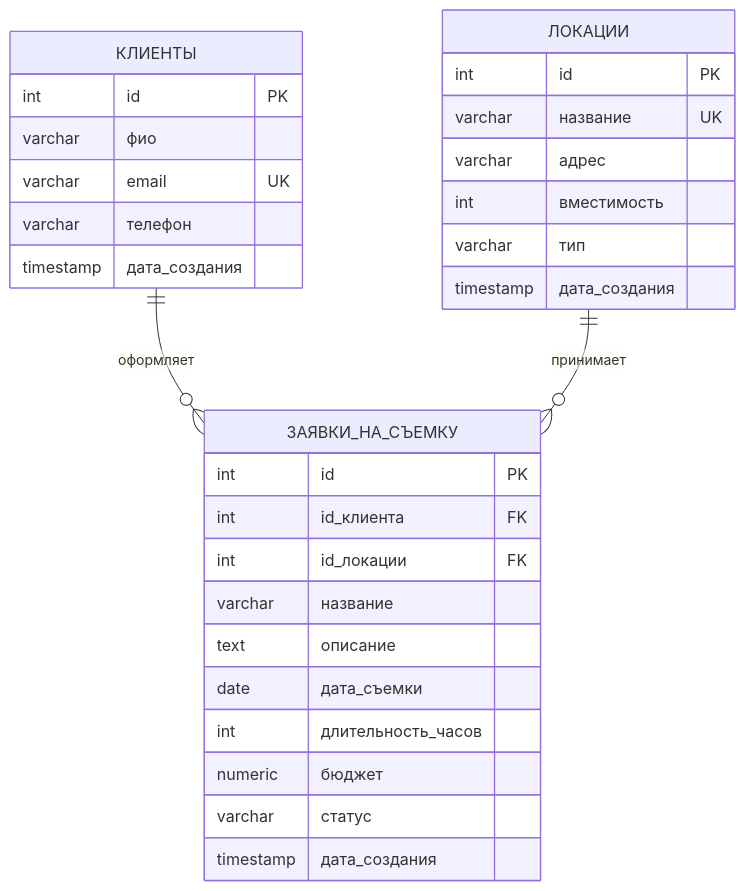
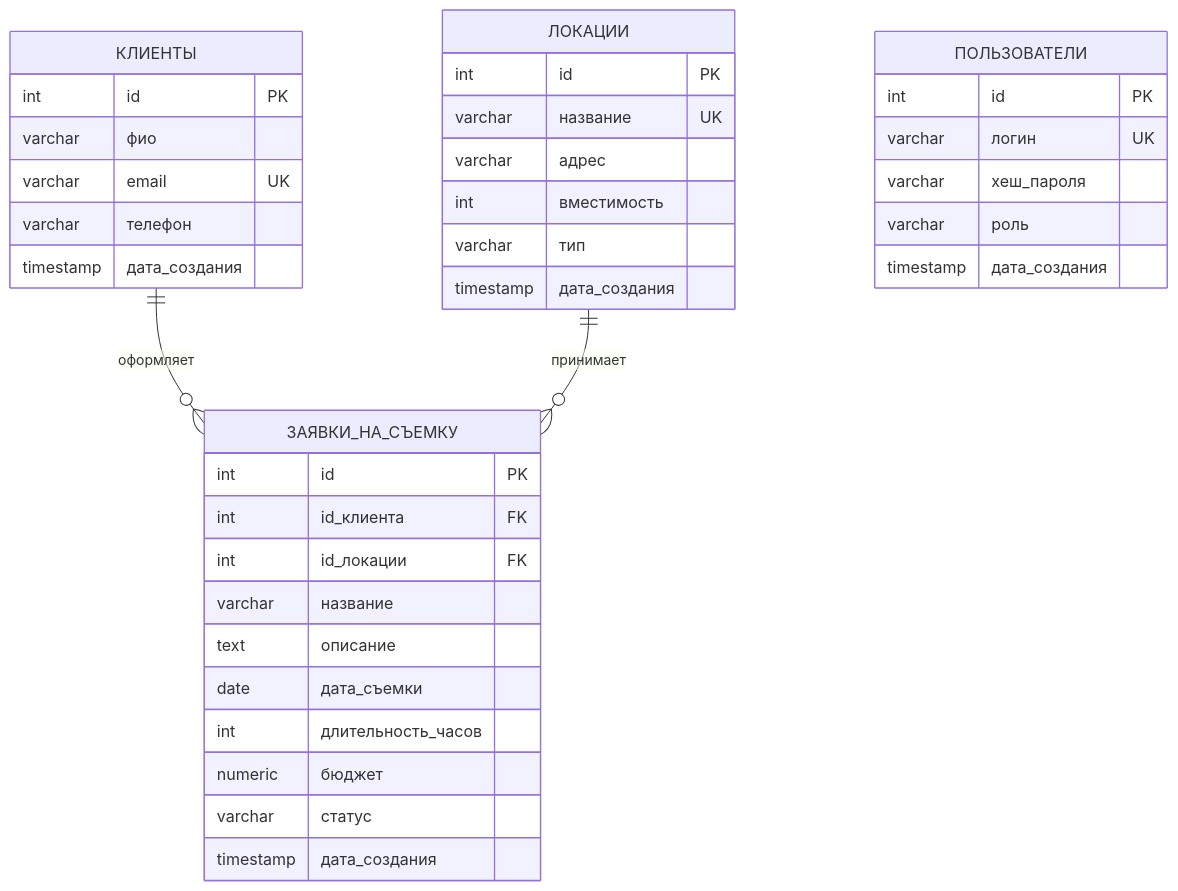
One commit to katshuuu/framespace_kinostudio changed the first of 2 diagrams in docs/er-diagram.md. Above: the diagram before and after it, drawn with Mermaid. The commit also changed other lines of this file, not shown here.

Commit message:
Обновлена ER-диаграмма

````diff
--- a/docs/er-diagram.md
+++ b/docs/er-diagram.md
@@ -3,35 +3,43 @@
 ```mermaid
 erDiagram
     КЛИЕНТЫ ||--o{ ЗАЯВКИ_НА_СЪЕМКУ : "оформляет"
     ЛОКАЦИИ ||--o{ ЗАЯВКИ_НА_СЪЕМКУ : "принимает"
 
     КЛИЕНТЫ {
         int id PK
         varchar фио
         varchar email UK
         varchar телефон
         timestamp дата_создания
     }
 
     ЛОКАЦИИ {
         int id PK
         varchar название UK
         varchar адрес
         int вместимость
         varchar тип
         timestamp дата_создания
     }
 
     ЗАЯВКИ_НА_СЪЕМКУ {
         int id PK
         int id_клиента FK
         int id_локации FK
         varchar название
         text описание
         date дата_съемки
         int длительность_часов
         numeric бюджет
         varchar статус
         timestamp дата_создания
     }
+
+    ПОЛЬЗОВАТЕЛИ {
+        int id PK
+        varchar логин UK
+        varchar хеш_пароля
+        varchar роль
+        timestamp дата_создания
+    }
 ```
````
